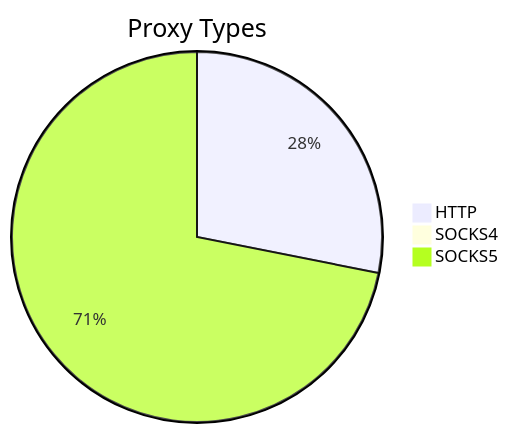
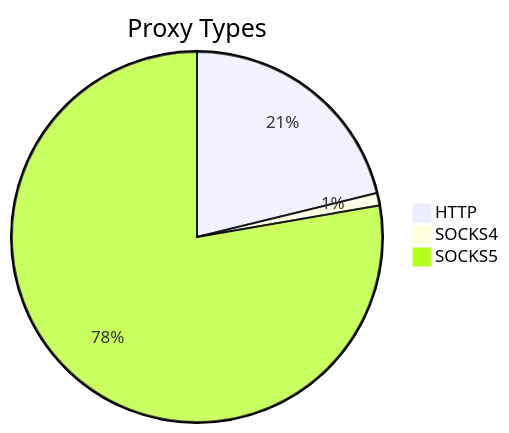
The first of 2 diagrams in README.md (stormsia/proxy-list), drawn with Mermaid before and after one commit. The commit also changed other lines of this file, not shown here.

````diff
--- a/README.md
+++ b/README.md
@@ -21,6 +21,6 @@
 ```mermaid
 pie title Proxy Types
-    "HTTP" : 399
-    "SOCKS4" : 10
-    "SOCKS5" : 1020
+    "HTTP" : 388
+    "SOCKS4" : 20
+    "SOCKS5" : 1424
 ```
````
